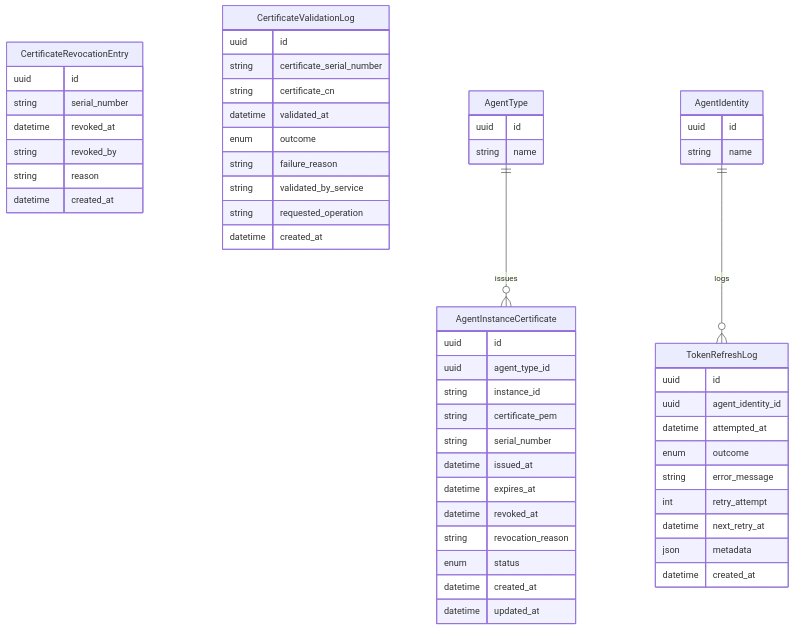
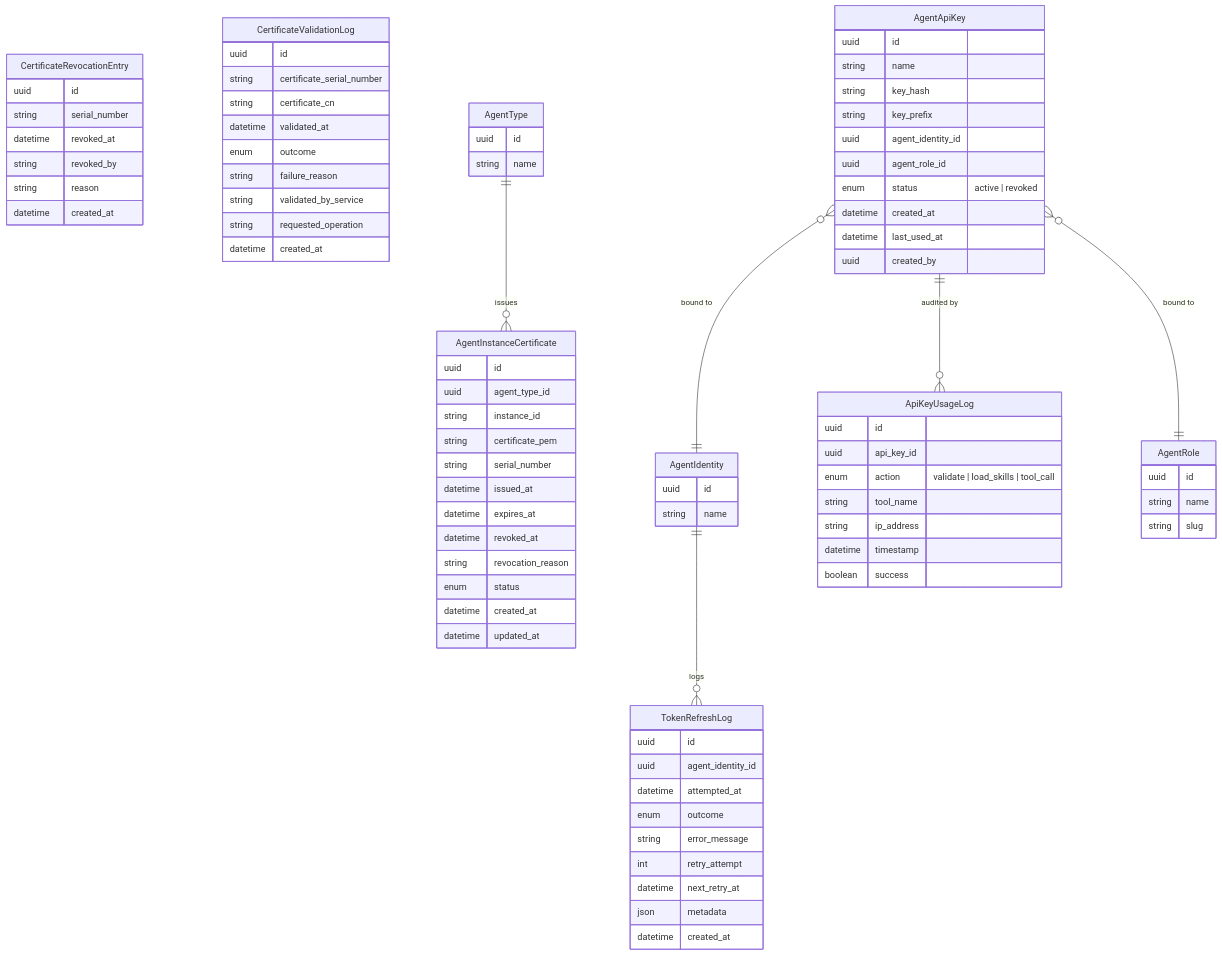
One commit to hurungang/parthenon changed the diagram in docs/master/data-model/modules/security/entities.md. Above: the diagram before and after it, drawn with Mermaid. The commit also changed other lines of this file and 206 other files, not shown here.

````diff
--- a/docs/master/data-model/modules/security/entities.md
+++ b/docs/master/data-model/modules/security/entities.md
@@ -54,7 +54,36 @@
         uuid id
         string name
     }
+    AgentApiKey {
+        uuid id
+        string name
+        string key_hash
+        string key_prefix
+        uuid agent_identity_id
+        uuid agent_role_id
+        enum status "active | revoked"
+        datetime created_at
+        datetime last_used_at
+        uuid created_by
+    }
+    ApiKeyUsageLog {
+        uuid id
+        uuid api_key_id
+        enum action "validate | load_skills | tool_call"
+        string tool_name
+        string ip_address
+        datetime timestamp
+        boolean success
+    }
+    AgentRole {
+        uuid id
+        string name
+        string slug
+    }
 
     AgentType ||--o{ AgentInstanceCertificate : "issues"
     AgentIdentity ||--o{ TokenRefreshLog : "logs"
+    AgentApiKey }o--|| AgentIdentity : "bound to"
+    AgentApiKey }o--|| AgentRole : "bound to"
+    AgentApiKey ||--o{ ApiKeyUsageLog : "audited by"
 ```
````
